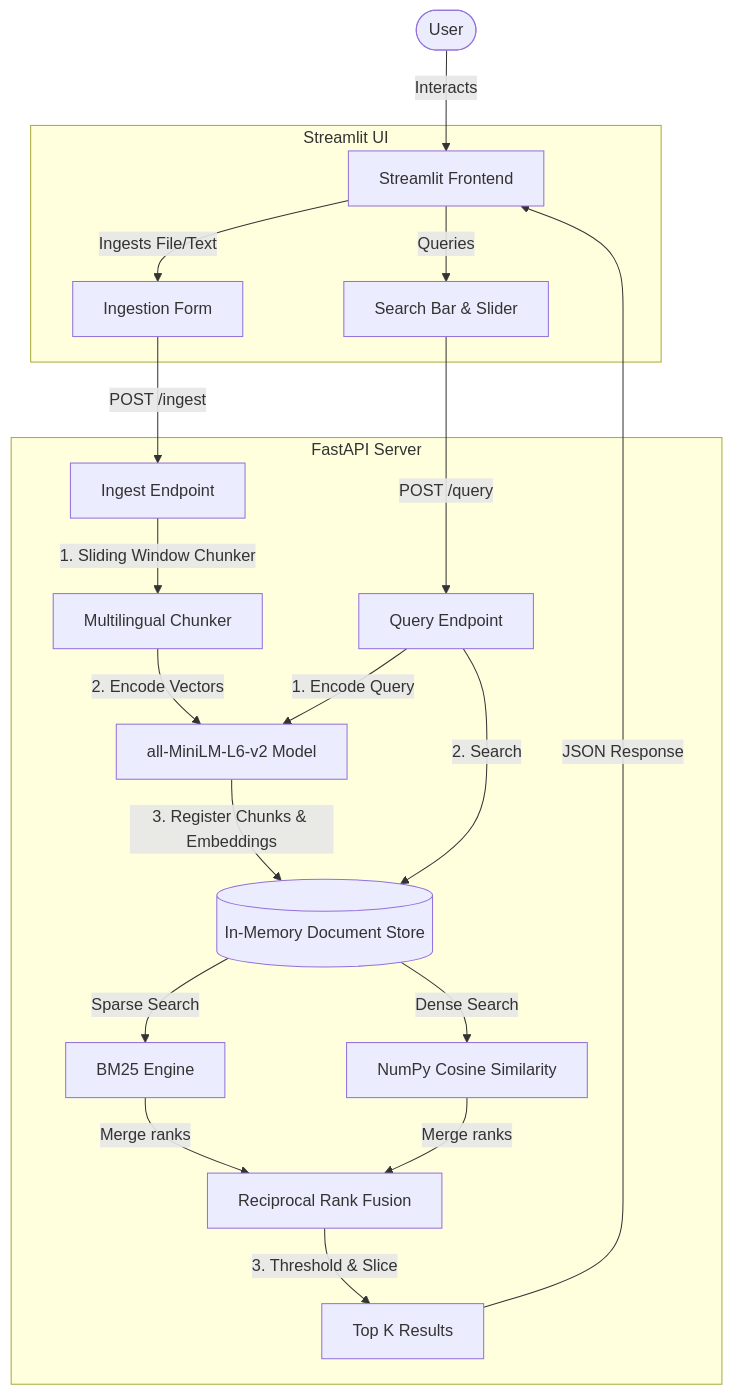
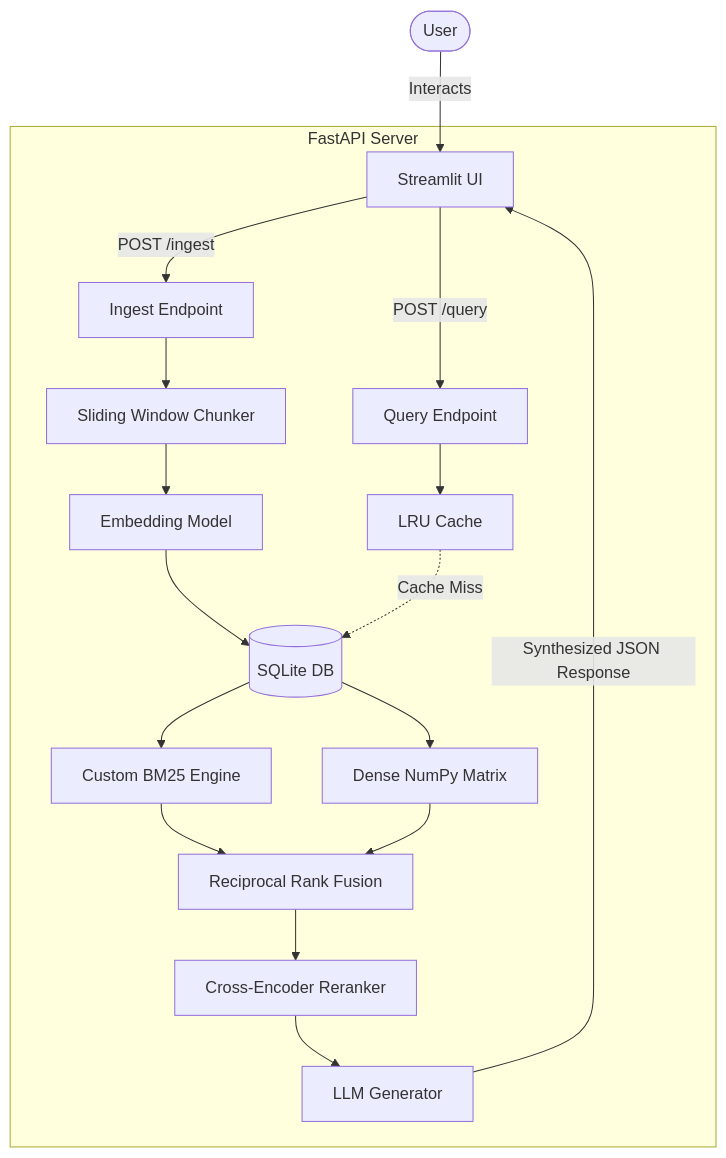
The diagram in README.md (pranjal-2218/hybrid-rag-dashboard), drawn with Mermaid before and after one commit. The commit also changed other lines of this file, not shown here.

Commit message:
docs: Update README with new RAG architecture and render instructions

````diff
--- a/README.md
+++ b/README.md
@@ -22,28 +25,24 @@
 ```mermaid
 graph TD
-    User([User]) -->|Interacts| Streamlit[Streamlit Frontend]
+    User([User]) -->|Interacts| Streamlit[Streamlit UI]
     
-    subgraph Frontend [Streamlit UI]
-        Streamlit -->|Ingests File/Text| IngestUI[Ingestion Form]
-        Streamlit -->|Queries| SearchUI[Search Bar & Slider]
+    subgraph Backend [FastAPI Server]
+        Streamlit -->|POST /ingest| FastAPIIngest[Ingest Endpoint]
+        Streamlit -->|POST /query| FastAPIQuery[Query Endpoint]
+        
+        FastAPIIngest --> Chunker[Sliding Window Chunker]
+        Chunker --> Model[Embedding Model]
+        Model --> Store[(SQLite DB)]
+        
+        FastAPIQuery --> LRU[LRU Cache]
+        LRU -.->|Cache Miss| Store
+        Store --> BM25[Custom BM25 Engine]
+        Store --> Dense[Dense NumPy Matrix]
+        BM25 --> RRF[Reciprocal Rank Fusion]
+        Dense --> RRF
+        RRF --> Reranker[Cross-Encoder Reranker]
+        Reranker --> Generator[LLM Generator]
     end
     
-    subgraph Backend [FastAPI Server]
-        IngestUI -->|POST /ingest| FastAPIIngest[Ingest Endpoint]
-        SearchUI -->|POST /query| FastAPIQuery[Query Endpoint]
-        
-        FastAPIIngest -->|1. Sliding Window Chunker| Chunker[Multilingual Chunker]
-        Chunker -->|2. Encode Vectors| Model[all-MiniLM-L6-v2 Model]
-        Model -->|3. Register Chunks & Embeddings| Store[(In-Memory Document Store)]
-        
-        FastAPIQuery -->|1. Encode Query| Model
-        FastAPIQuery -->|2. Search| Store
-        Store -->|Sparse Search| BM25[BM25 Engine]
-        Store -->|Dense Search| CosSim[NumPy Cosine Similarity]
-        BM25 -->|Merge ranks| RRF[Reciprocal Rank Fusion]
-        CosSim -->|Merge ranks| RRF
-        RRF -->|3. Threshold & Slice| FilteredResults[Top K Results]
-    end
-    
-    FilteredResults -->|JSON Response| Streamlit
+    Generator -->|Synthesized JSON Response| Streamlit
 ```
````
